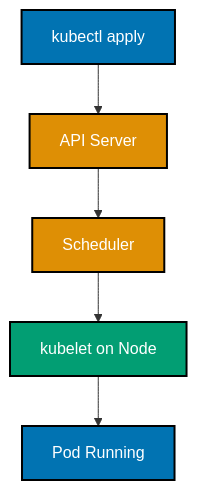
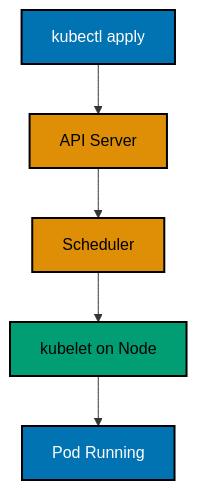
Before and after one commit to wahidyankf/ose-public: the first of 9 diagrams in apps/ayokoding-www/content/en/learn/legacy/software-engineering/infrastructure/tools/kubernetes/by-example/beginner.md, drawn with Mermaid. The commit also changed other lines of this file and 131 other files, not shown here.

First line of the commit message:
fix(mermaid): bring the legacy data, infrastructure, and testing diagrams onto the accessible palette

````diff
--- a/apps/ayokoding-www/content/en/learn/legacy/software-engineering/infrastructure/tools/kubernetes/by-example/beginner.md
+++ b/apps/ayokoding-www/content/en/learn/legacy/software-engineering/infrastructure/tools/kubernetes/by-example/beginner.md
@@ -33,15 +33,21 @@
 ```mermaid
 %% Color Palette: Blue #0173B2, Orange #DE8F05, Teal #029E73, Purple #CC78BC, Brown #CA9161
 %% Simple Pod creation flow
 graph TD
+ accTitle: Example 1: Hello World Pod
+ accDescr: Graph with 5 nodes and 4 connections. Nodes: kubectl apply, API Server, Scheduler, kubelet on Node, Pod Running. Connections: kubectl apply to API Server, API Server to Scheduler, Scheduler to kubelet on Node, kubelet on Node to Pod Running.
  A[kubectl apply] --> B[API Server]
  B --> C[Scheduler]
  C --> D[kubelet on Node]
  D --> E[Pod Running]
 
- style A fill:#0173B2,stroke:#000000,stroke-width:2px,color:#fff
- style B fill:#DE8F05,stroke:#000000,stroke-width:2px,color:#fff
- style C fill:#DE8F05,stroke:#000000,stroke-width:2px,color:#fff
- style D fill:#029E73,stroke:#000000,stroke-width:2px,color:#fff
- style E fill:#0173B2,stroke:#000000,stroke-width:2px,color:#fff
+ classDef pal-0173B2 fill:#0173B2,stroke:#000000,color:#FFFFFF,stroke-width:2px
+ class A pal-0173B2
+ classDef pal-DE8F05 fill:#DE8F05,stroke:#000000,color:#000000,stroke-width:2px
+ class B pal-DE8F05
+ class C pal-DE8F05
+ classDef pal-029E73 fill:#029E73,stroke:#000000,color:#000000,stroke-width:2px
+ class D pal-029E73
+ class E pal-0173B2
+ classDef default fill:#FFFFFF,stroke:#000000,color:#000000
 ```
````
